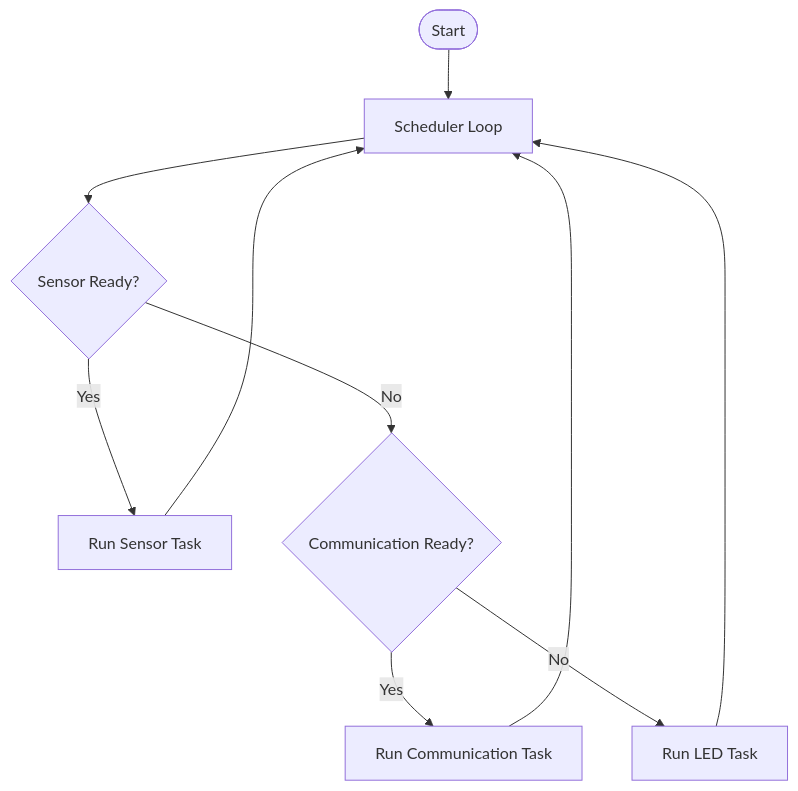
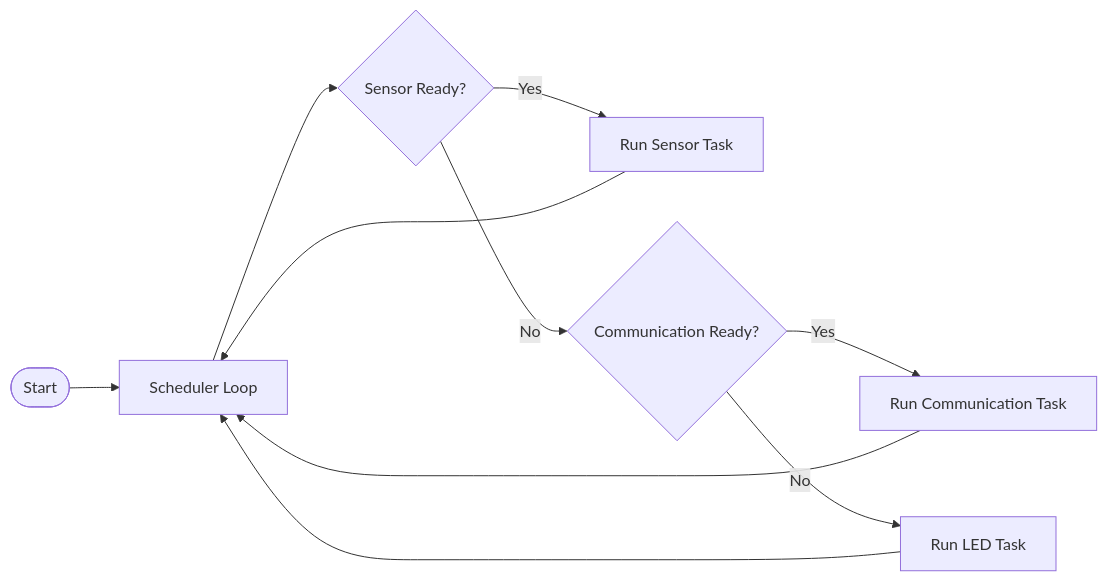
The diagram in logic_problems/scheduler/README.md (deeparakesh-dev/embedded-c-8051), drawn with Mermaid before and after one commit.

````diff
--- a/logic_problems/scheduler/README.md
+++ b/logic_problems/scheduler/README.md
@@ -42,17 +42,17 @@
 ```mermaid
-flowchart TD
+flowchart LR
 
 Start([Start]) --> Loop[Scheduler Loop]
 
-Loop --> SensorCheck{Sensor Ready?}
+Loop --> S{Sensor Ready?}
 
-SensorCheck -->|Yes| SensorTask[Run Sensor Task]
-SensorCheck -->|No| CommCheck{Communication Ready?}
+S -->|Yes| ST[Run Sensor Task]
+S -->|No| C{Communication Ready?}
 
-CommCheck -->|Yes| CommTask[Run Communication Task]
-CommCheck -->|No| LedTask[Run LED Task]
+C -->|Yes| CT[Run Communication Task]
+C -->|No| LT[Run LED Task]
 
-SensorTask --> Loop
-CommTask --> Loop
-LedTask --> Loop
+ST --> Loop
+CT --> Loop
+LT --> Loop
 ```
````
